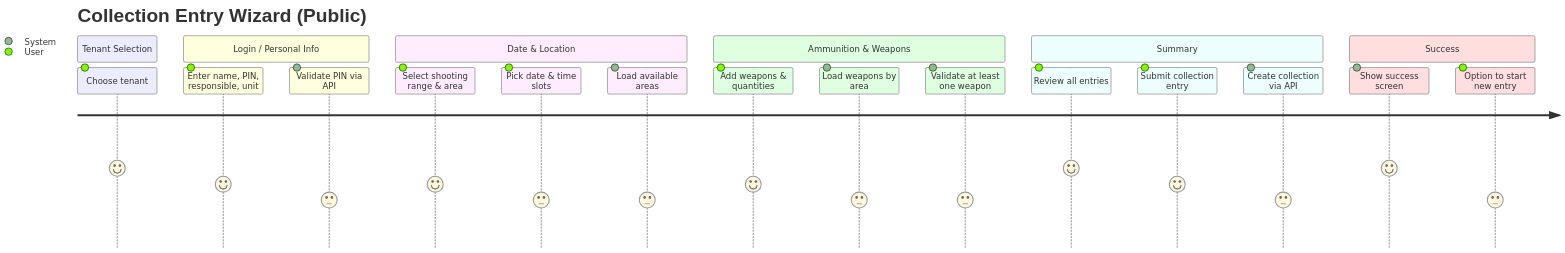
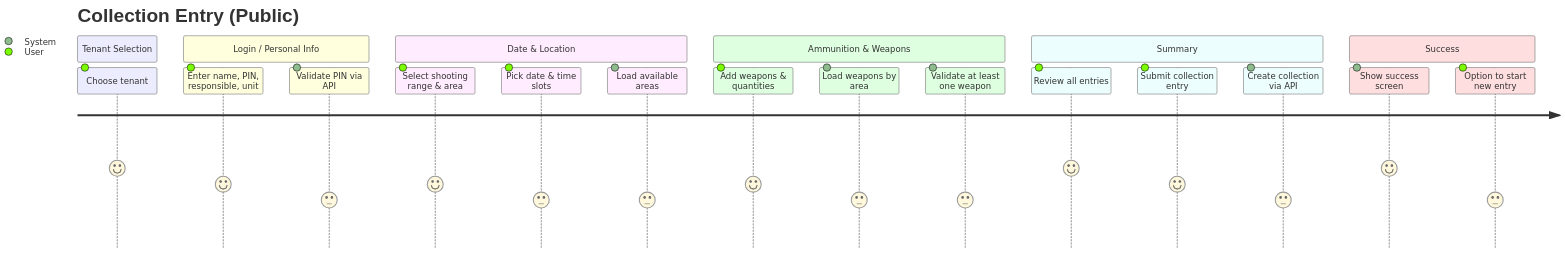
Before and after one commit to WeslleyDeSouza/elo-shot-count-report: the first of 4 diagrams in README.md, drawn with Mermaid. The commit also changed other lines of this file, not shown here.

`````diff
--- a/README.md
+++ b/README.md
@@ -9,24 +9,24 @@
 ```mermaid
 journey
-  title Collection Entry Wizard (Public)
+  title Collection Entry (Public)
   section Tenant Selection
     Choose tenant: 5: User
   section Login / Personal Info
     Enter name, PIN, responsible, unit: 4: User
     Validate PIN via API: 3: System
   section Date & Location
     Select shooting range & area: 4: User
     Pick date & time slots: 3: User
     Load available areas: 3: System
   section Ammunition & Weapons
     Add weapons & quantities: 4: User
     Load weapons by area: 3: System
     Validate at least one weapon: 3: System
   section Summary
     Review all entries: 5: User
     Submit collection entry: 4: User
     Create collection via API: 3: System
   section Success
     Show success screen: 5: System
     Option to start new entry: 3: User
 ````
`````
